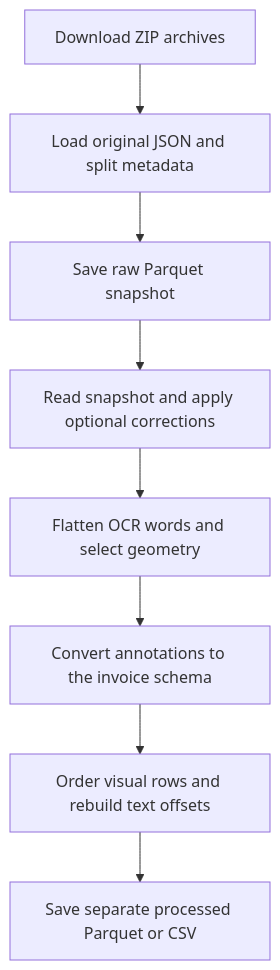
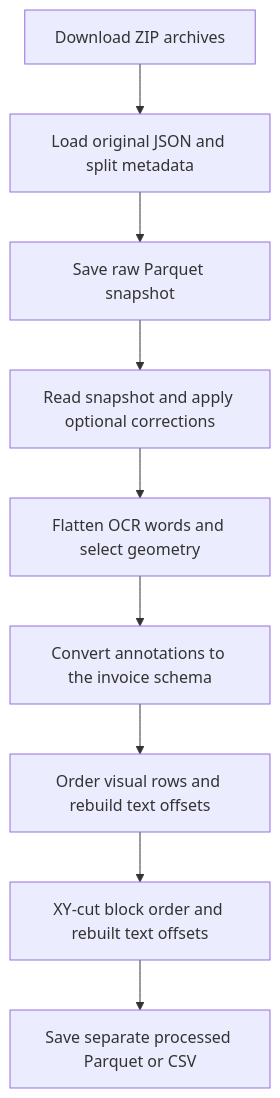
The first of 3 diagrams in docs/preprocessing.md (vsokoltsov/invoices-ocr), drawn with Mermaid before and after one commit. The commit also changed other lines of this file and 5 other files, not shown here.

````diff
--- a/docs/preprocessing.md
+++ b/docs/preprocessing.md
@@ -38,10 +38,11 @@
 ```mermaid
 flowchart TD
     A[Download ZIP archives] --> B[Load original JSON and split metadata]
     B --> R[Save raw Parquet snapshot]
     R --> C[Read snapshot and apply optional corrections]
     C --> D[Flatten OCR words and select geometry]
     D --> F[Convert annotations to the invoice schema]
     F --> E[Order visual rows and rebuild text offsets]
-    E --> H[Save separate processed Parquet or CSV]
+    E --> X[XY-cut block order and rebuilt text offsets]
+    X --> H[Save separate processed Parquet or CSV]
 ```
````
